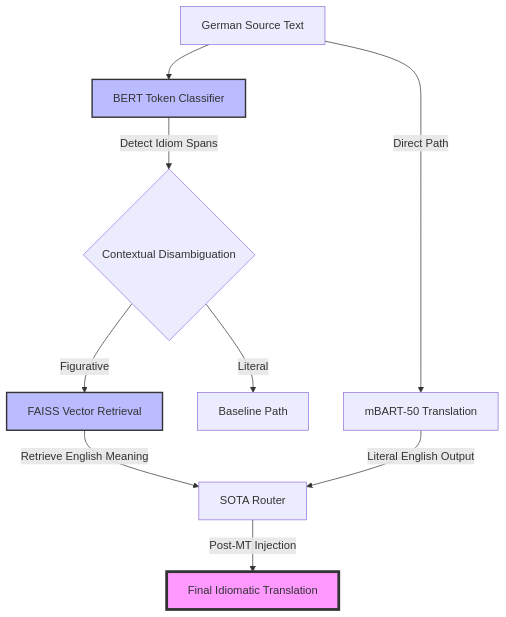
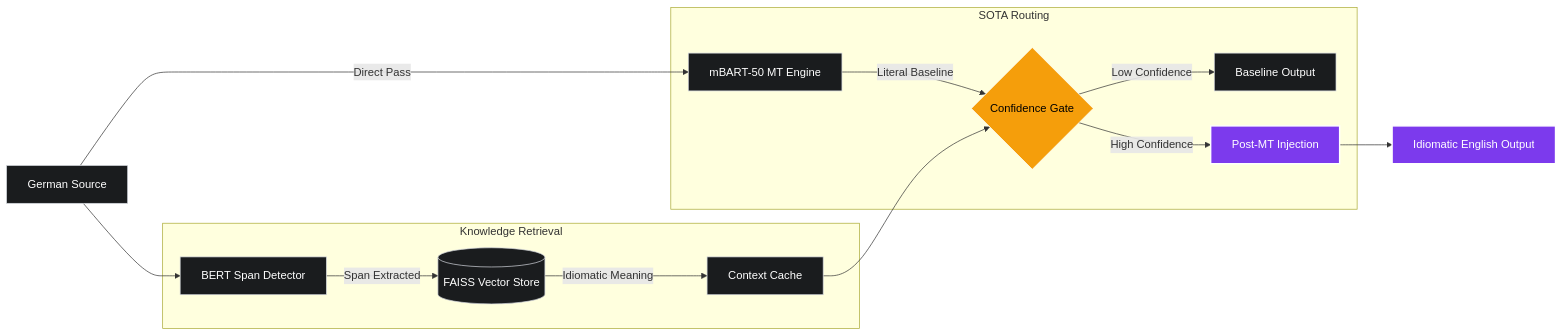
The diagram in README.md (IDKHowToCodeFR/IARRT), drawn with Mermaid before and after one commit. The commit also changed other lines of this file and 3 other files, not shown here.

````diff
--- a/README.md
+++ b/README.md
@@ -17,17 +17,28 @@
 ```mermaid
-graph TD
-    A[German Source Text] --> B[BERT Token Classifier]
-    B -->|Detect Idiom Spans| C{Contextual Disambiguation}
-    C -->|Figurative| D[FAISS Vector Retrieval]
-    C -->|Literal| E[Baseline Path]
+graph LR
+    Input[German Source] --> NER[BERT Span Detector]
     
-    D -->|Retrieve English Meaning| F[SOTA Router]
-    A -->|Direct Path| G[mBART-50 Translation]
+    subgraph Knowledge Retrieval
+        NER -->|Span Extracted| DB[(FAISS Vector Store)]
+        DB -->|Idiomatic Meaning| Context[Context Cache]
+    end
+
+    Input -->|Direct Pass| MT[mBART-50 MT Engine]
     
-    G -->|Literal English Output| F
-    F -->|Post-MT Injection| H[Final Idiomatic Translation]
+    subgraph SOTA Routing
+        MT -->|Literal Baseline| Router{Confidence Gate}
+        Context --> Router
+        Router -->|Low Confidence| Output[Baseline Output]
+        Router -->|High Confidence| Inject[Post-MT Injection]
+    end
+
+    Inject --> Final[Idiomatic English Output]
+
+    %% Dark Theme Optimization
+    classDef default fill:#1a1c1e,stroke:#d1d5db,color:#fff;
+    classDef highlight fill:#7c3aed,stroke:#fff,stroke-width:2px,color:#fff;
+    classDef decision fill:#f59e0b,stroke:#fff,color:#000;
     
-    style H fill:#f9f,stroke:#333,stroke-width:4px
-    style B fill:#bbf,stroke:#333,stroke-width:2px
-    style D fill:#bbf,stroke:#333,stroke-width:2px
+    class Final,Inject highlight;
+    class Router decision;
 ```
````
